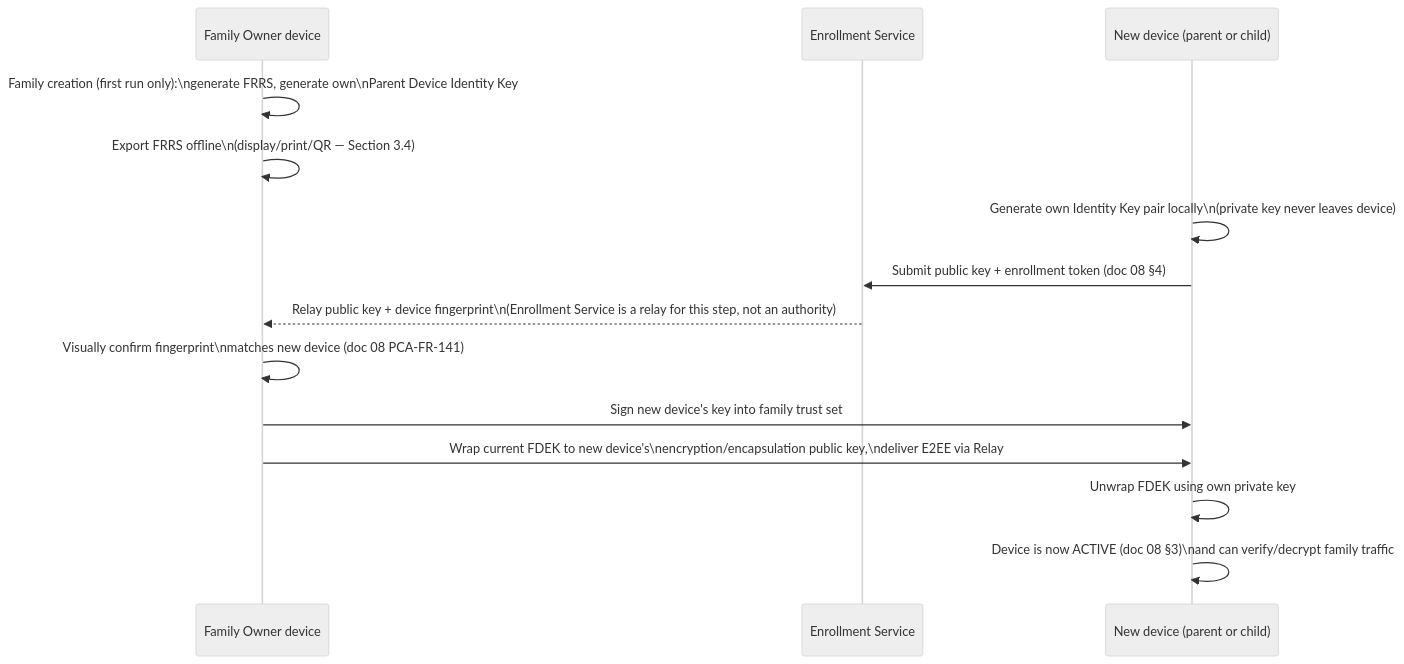
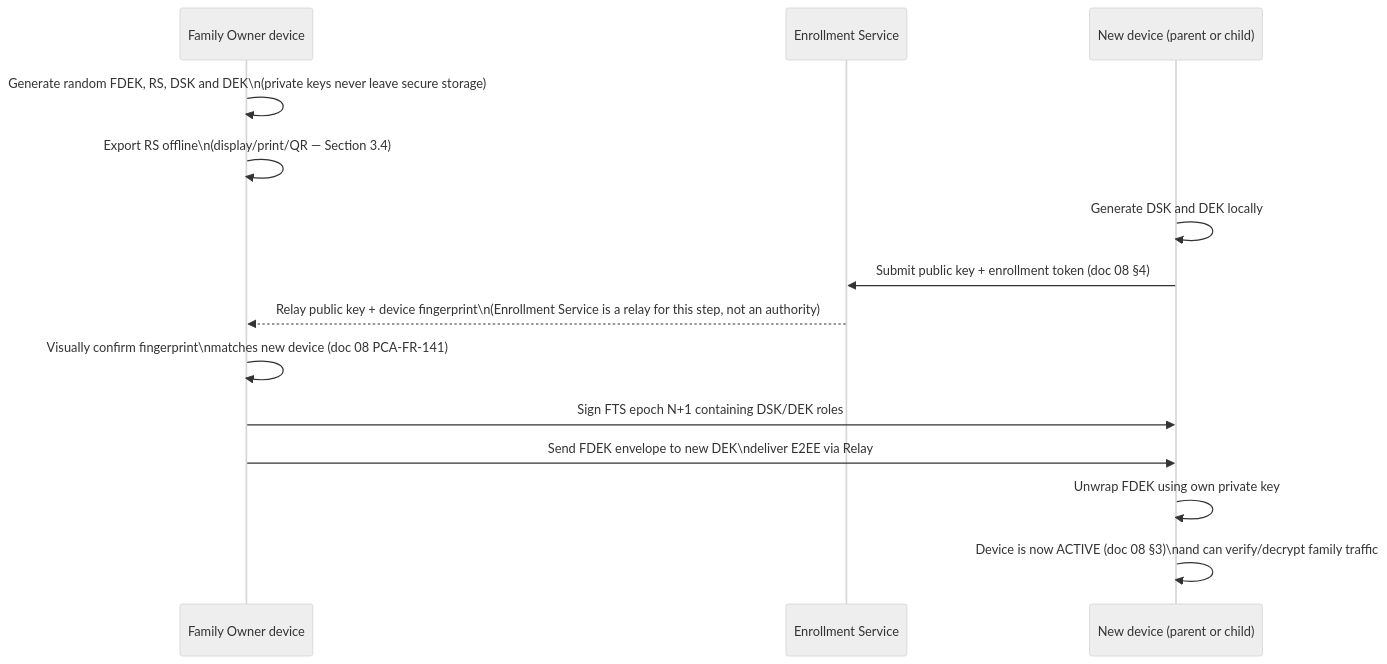
Before and after one commit to mosa-ali/PCA: the diagram in docs/architecture/09_SECURITY_PRIVACY_E2EE.md, drawn with Mermaid (neutral theme). The commit also changed other lines of this file and 2 other files, not shown here.

````diff
--- a/docs/architecture/09_SECURITY_PRIVACY_E2EE.md
+++ b/docs/architecture/09_SECURITY_PRIVACY_E2EE.md
@@ -47,17 +47,17 @@
 ```mermaid
 sequenceDiagram
     participant Owner as Family Owner device
     participant Enroll as Enrollment Service
     participant New as New device (parent or child)
 
-    Owner->>Owner: Family creation (first run only):\ngenerate FRRS, generate own\nParent Device Identity Key
-    Owner->>Owner: Export FRRS offline\n(display/print/QR — Section 3.4)
-    New->>New: Generate own Identity Key pair locally\n(private key never leaves device)
+    Owner->>Owner: Generate random FDEK, RS, DSK and DEK\n(private keys never leave secure storage)
+    Owner->>Owner: Export RS offline\n(display/print/QR — Section 3.4)
+    New->>New: Generate DSK and DEK locally
     New->>Enroll: Submit public key + enrollment token (doc 08 §4)
     Enroll-->>Owner: Relay public key + device fingerprint\n(Enrollment Service is a relay for this step, not an authority)
     Owner->>Owner: Visually confirm fingerprint\nmatches new device (doc 08 PCA-FR-141)
-    Owner->>New: Sign new device's key into family trust set
-    Owner->>New: Wrap current FDEK to new device's\nencryption/encapsulation public key,\ndeliver E2EE via Relay
+    Owner->>New: Sign FTS epoch N+1 containing DSK/DEK roles
+    Owner->>New: Send FDEK envelope to new DEK\ndeliver E2EE via Relay
     New->>New: Unwrap FDEK using own private key
     New->>New: Device is now ACTIVE (doc 08 §3)\nand can verify/decrypt family traffic
 ```
````
